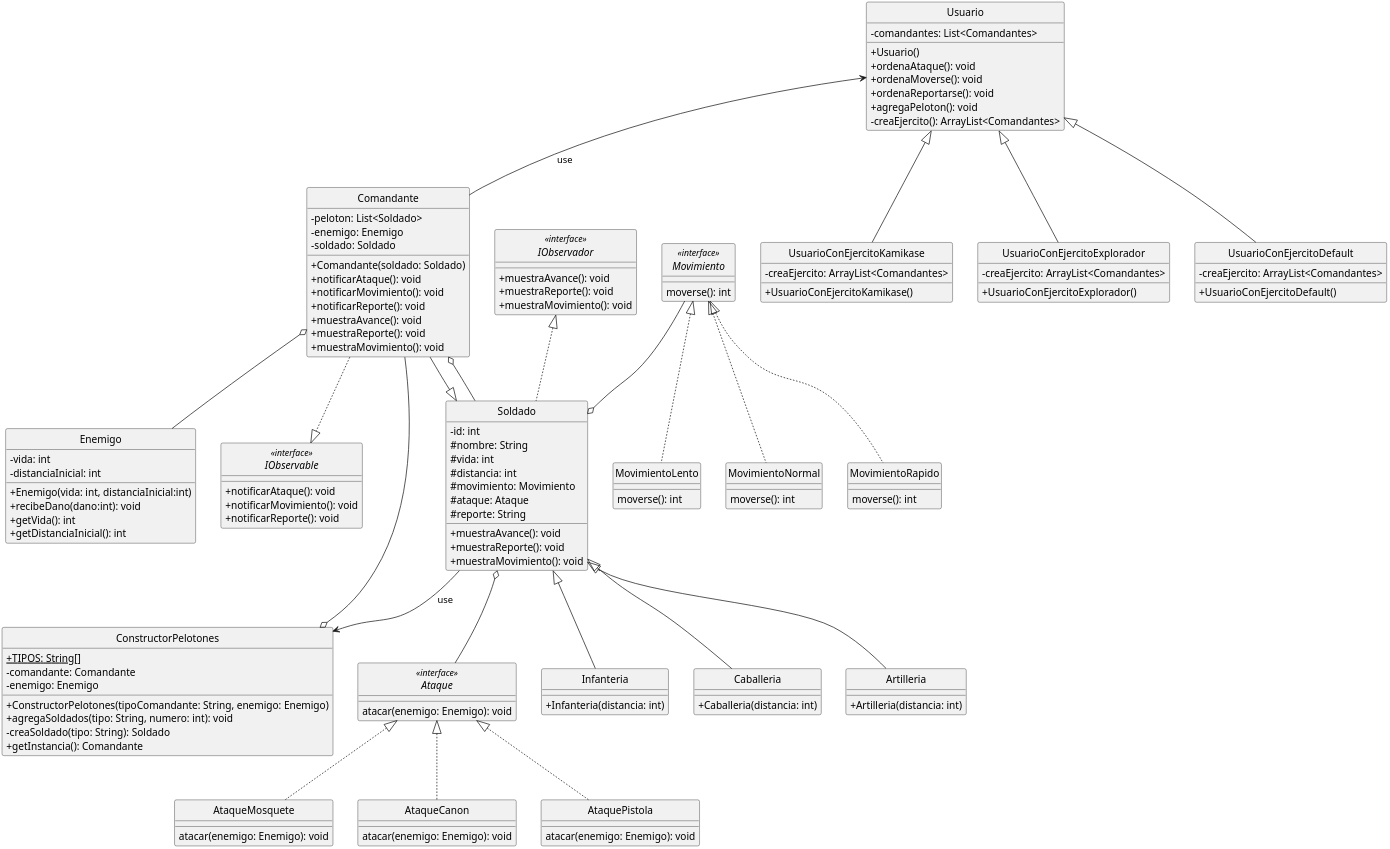
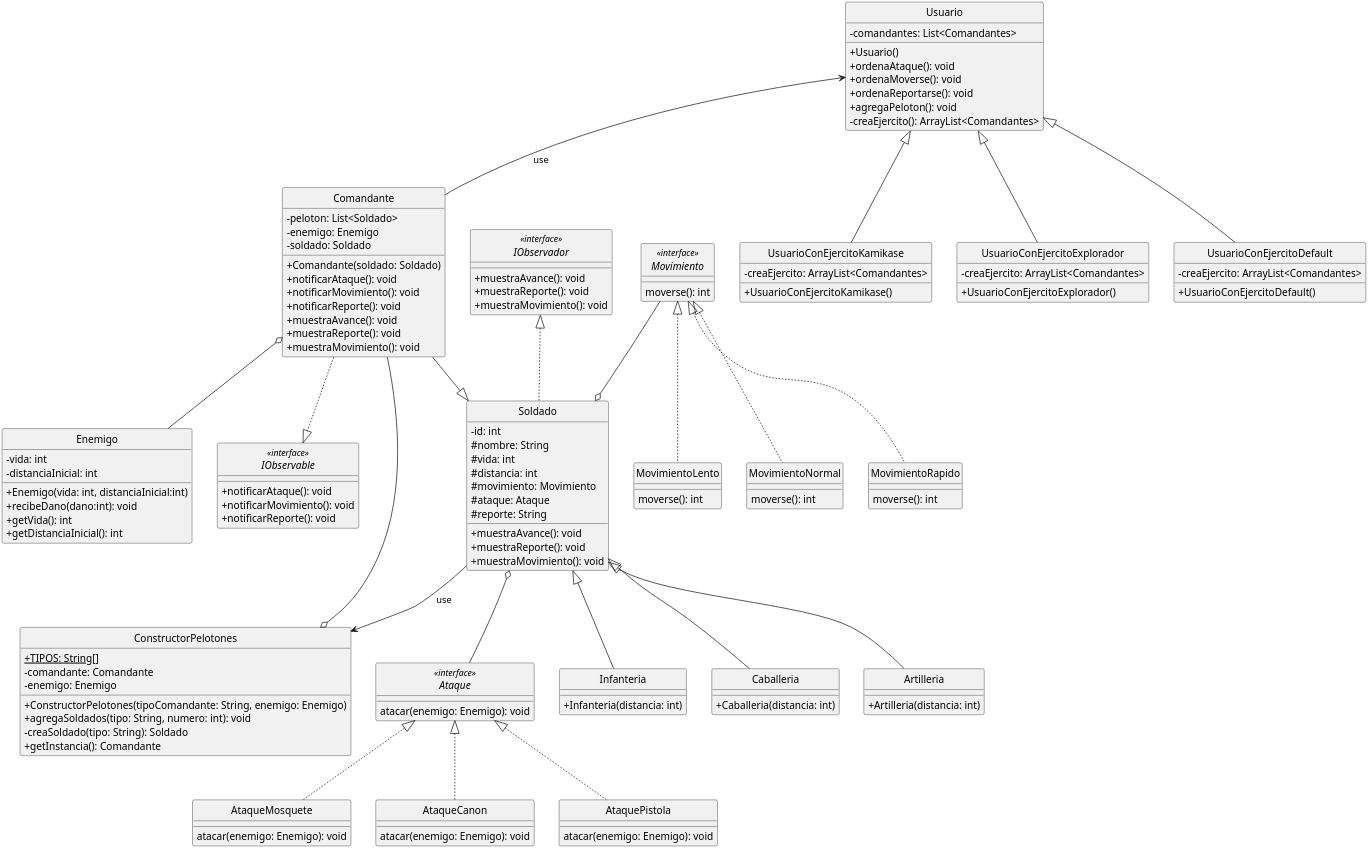
One commit to SantiagoArroyoL/Modelado2020-4 changed the diagram in ProyectoFinal/Diagramas/DiagramaDeClases.plantuml. Above: the diagram before and after it, drawn with PlantUML.

Commit message:
Otro commit

```diff
--- a/ProyectoFinal/Diagramas/DiagramaDeClases.plantuml
+++ b/ProyectoFinal/Diagramas/DiagramaDeClases.plantuml
@@ -1,168 +1,167 @@
 @startuml DiagramaClases
 skinparam dpi 300
 skinparam classAttributeIconSize 0
 hide circle
 /'-----Clases y subclases de soldado----'/
 class Soldado {
     -id: int
     #nombre: String
     #vida: int
     #distancia: int
     #movimiento: Movimiento
     #ataque: Ataque
     #reporte: String
     /'-----Metodos----'/
     +muestraAvance(): void
     +muestraReporte(): void
     +muestraMovimiento(): void
 }
 
 class Infanteria{
     +Infanteria(distancia: int)
 }
 
 
 class Caballeria{
     +Caballeria(distancia: int)
 }
 
 class Artilleria{
     +Artilleria(distancia: int)
 }
 
 Soldado <|-- Infanteria
 Soldado <|-- Caballeria
 Soldado <|-- Artilleria
 
 /'-----Strategy Movimiento----'/
 interface Movimiento<<interface>>{
     moverse(): int
 }
 
 class MovimientoLento{
     moverse(): int
 }
 
 class MovimientoNormal{
     moverse(): int
 }
 
 class MovimientoRapido{
     moverse(): int
 }
 Movimiento <|.. MovimientoLento
 Movimiento <|.. MovimientoNormal
 Movimiento <|.. MovimientoRapido
 
 Movimiento --o Soldado
 
 /'-----Strategy Ataque----'/
 interface Ataque<<interface>>{
     atacar(enemigo: Enemigo): void
 }
 
 class AtaqueMosquete{
     atacar(enemigo: Enemigo): void
 }
 
 class AtaqueCanon{
     atacar(enemigo: Enemigo): void
 }
 
 class AtaquePistola{
     atacar(enemigo: Enemigo): void
 }
 
 Ataque <|.. AtaqueMosquete
 Ataque <|.. AtaqueCanon
 Ataque <|.. AtaquePistola
 
 Soldado o-- Ataque
 
 /'-----Comandante----'/
 
 class Comandante{
     -peloton: List<Soldado>
     -enemigo: Enemigo
     -soldado: Soldado
     +Comandante(soldado: Soldado)
     +notificarAtaque(): void
     +notificarMovimiento(): void
     +notificarReporte(): void
     +muestraAvance(): void
     +muestraReporte(): void
     +muestraMovimiento(): void
 }
 
 class Enemigo{
     -vida: int
     -distanciaInicial: int
     +Enemigo(vida: int, distanciaInicial:int)
     +recibeDano(dano:int): void
     +getVida(): int
     +getDistanciaInicial(): int
 }
 
 interface IObservable<<interface>>{
     +notificarAtaque(): void
     +notificarMovimiento(): void
     +notificarReporte(): void
 }
 
 interface IObservador<<interface>>{
     +muestraAvance(): void
     +muestraReporte(): void
     +muestraMovimiento(): void
 }
 
 Comandante --|> Soldado
-Comandante o-- Soldado
 Comandante ..|> IObservable
 IObservador <|.. Soldado
 Comandante o-- Enemigo
 
 /'-----BuilderPelotones----'/
 
 class ConstructorPelotones{
     +{static} TIPOS: String[]
     -comandante: Comandante
     -enemigo: Enemigo
     +ConstructorPelotones(tipoComandante: String, enemigo: Enemigo)
     +agregaSoldados(tipo: String, numero: int): void
     -creaSoldado(tipo: String): Soldado
     +getInstancia(): Comandante
 }
 
 Comandante --o ConstructorPelotones
 Soldado -->ConstructorPelotones :use
 
 class Usuario{
     -comandantes: List<Comandantes>
     +Usuario()
     +ordenaAtaque(): void
     +ordenaMoverse(): void
     +ordenaReportarse(): void
     +agregaPeloton(): void
     -creaEjercito(): ArrayList<Comandantes>
 }
 
 class UsuarioConEjercitoKamikase{
     +UsuarioConEjercitoKamikase()
     -creaEjercito: ArrayList<Comandantes>
 }
 
 
 class UsuarioConEjercitoExplorador{
     +UsuarioConEjercitoExplorador()
     -creaEjercito: ArrayList<Comandantes>
 }
 
 class UsuarioConEjercitoDefault{
     +UsuarioConEjercitoDefault()
     -creaEjercito: ArrayList<Comandantes>
 }
 Usuario <-- Comandante: use
 Usuario <|-- UsuarioConEjercitoKamikase
 Usuario <|-- UsuarioConEjercitoExplorador
 Usuario <|-- UsuarioConEjercitoDefault
 @enduml
```
